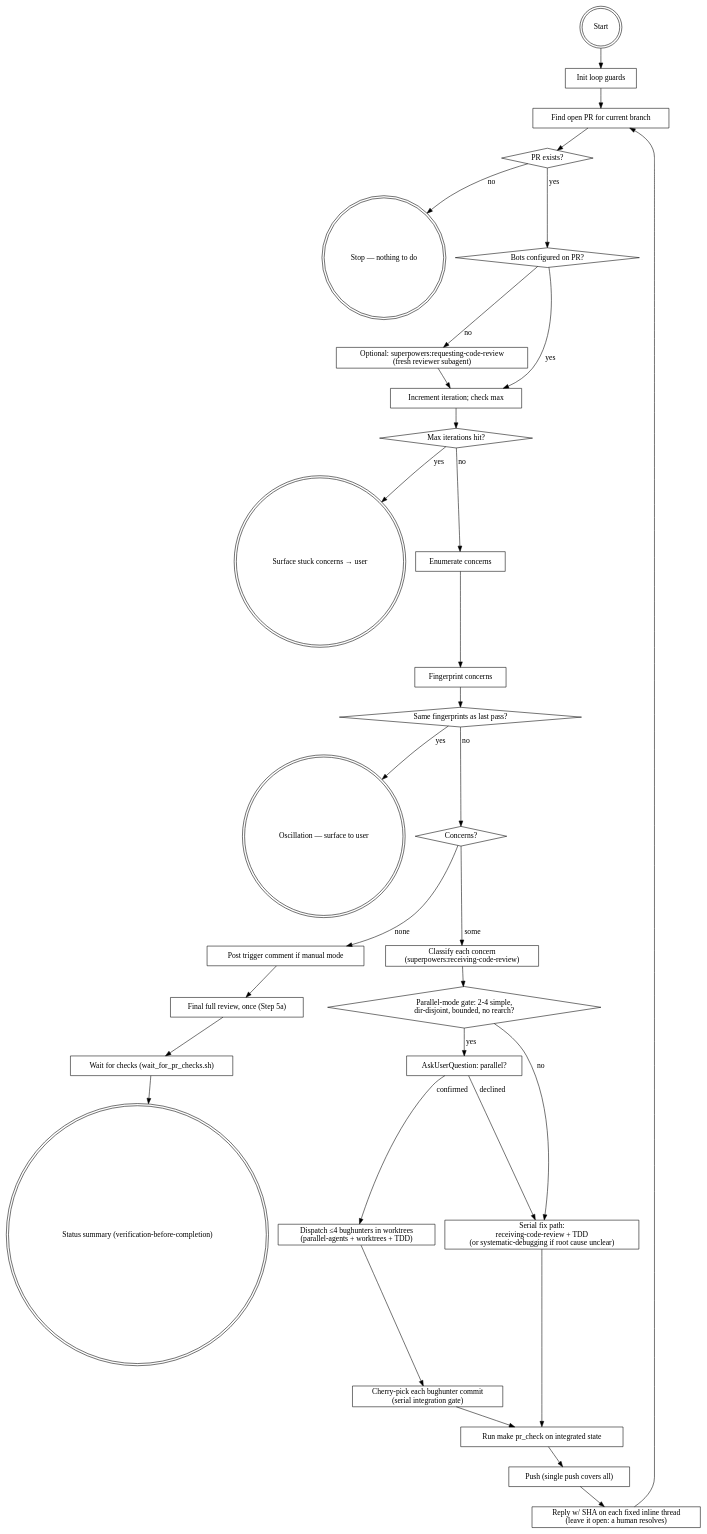
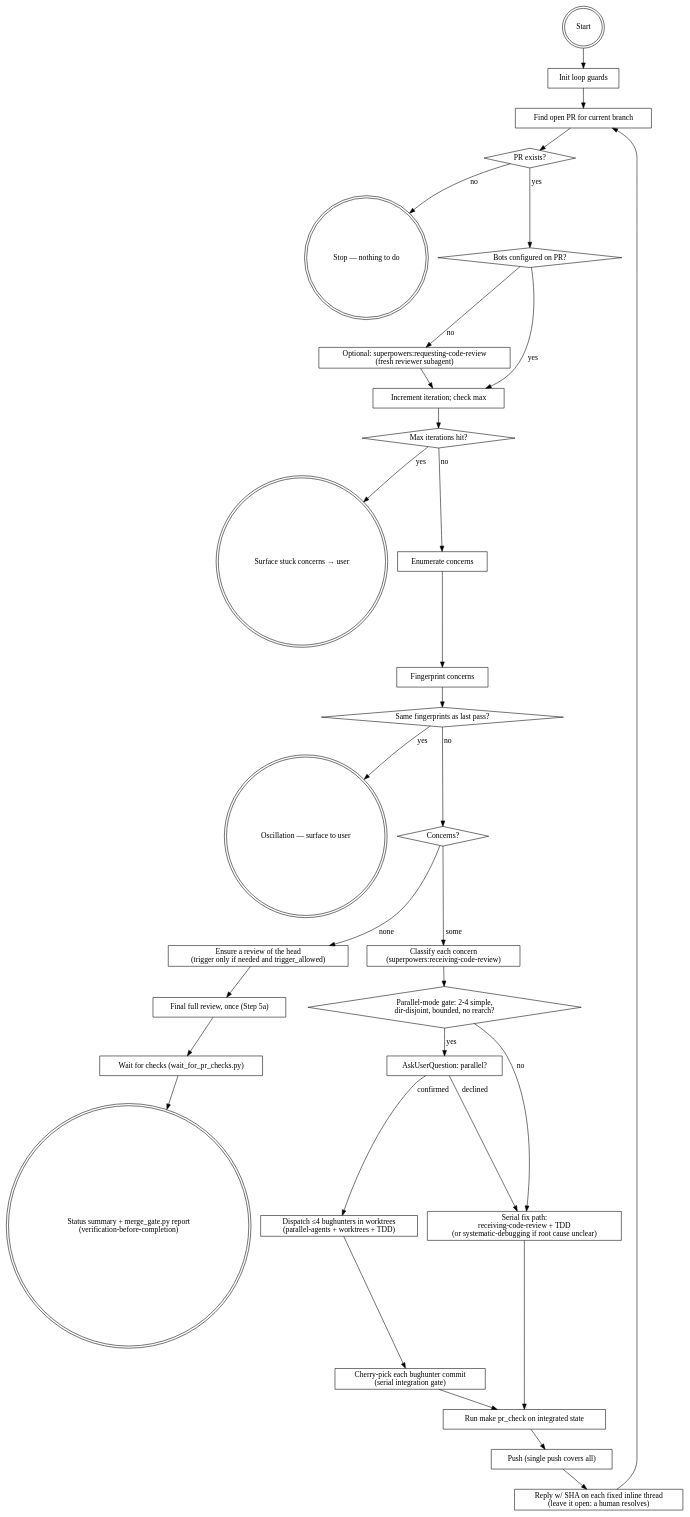
The diagram in .agents/skills/resolve-pr-concerns/SKILL.md (emigre459/agentic-ai-dev-template), drawn with Graphviz before and after one commit. The commit also changed other lines of this file and 5 other files, not shown here.

First line of the commit message:
docs(resolve-pr-concerns): port downstream review handling, stacks and merge gate (#47)

````diff
--- a/.agents/skills/resolve-pr-concerns/SKILL.md
+++ b/.agents/skills/resolve-pr-concerns/SKILL.md
@@ -124,60 +155,60 @@
 ```dot
 digraph resolve_pr_concerns {
     rankdir=TB;
     "Start" [shape=doublecircle];
     "Init loop guards" [shape=box];
     "Find open PR for current branch" [shape=box];
     "PR exists?" [shape=diamond];
     "Stop — nothing to do" [shape=doublecircle];
     "Bots configured on PR?" [shape=diamond];
     "Optional: superpowers:requesting-code-review\n(fresh reviewer subagent)" [shape=box];
     "Increment iteration; check max" [shape=box];
     "Max iterations hit?" [shape=diamond];
     "Surface stuck concerns → user" [shape=doublecircle];
     "Enumerate concerns" [shape=box];
     "Fingerprint concerns" [shape=box];
     "Same fingerprints as last pass?" [shape=diamond];
     "Oscillation — surface to user" [shape=doublecircle];
     "Concerns?" [shape=diamond];
-    "Post trigger comment if manual mode" [shape=box];
+    "Ensure a review of the head\n(trigger only if needed and trigger_allowed)" [shape=box];
     "Final full review, once (Step 5a)" [shape=box];
-    "Wait for checks (wait_for_pr_checks.sh)" [shape=box];
-    "Status summary (verification-before-completion)" [shape=doublecircle];
+    "Wait for checks (wait_for_pr_checks.py)" [shape=box];
+    "Status summary + merge_gate.py report\n(verification-before-completion)" [shape=doublecircle];
     "Classify each concern\n(superpowers:receiving-code-review)" [shape=box];
     "Parallel-mode gate: 2-4 simple,\ndir-disjoint, bounded, no rearch?" [shape=diamond];
     "AskUserQuestion: parallel?" [shape=box];
     "Dispatch ≤4 bughunters in worktrees\n(parallel-agents + worktrees + TDD)" [shape=box];
     "Cherry-pick each bughunter commit\n(serial integration gate)" [shape=box];
     "Serial fix path:\nreceiving-code-review + TDD\n(or systematic-debugging if root cause unclear)" [shape=box];
     "Run make pr_check on integrated state" [shape=box];
     "Push (single push covers all)" [shape=box];
     "Reply w/ SHA on each fixed inline thread\n(leave it open: a human resolves)" [shape=box];
 
     "Start" -> "Init loop guards" -> "Find open PR for current branch" -> "PR exists?";
     "PR exists?" -> "Stop — nothing to do" [label="no"];
     "PR exists?" -> "Bots configured on PR?" [label="yes"];
     "Bots configured on PR?" -> "Optional: superpowers:requesting-code-review\n(fresh reviewer subagent)" [label="no"];
     "Bots configured on PR?" -> "Increment iteration; check max" [label="yes"];
     "Optional: superpowers:requesting-code-review\n(fresh reviewer subagent)" -> "Increment iteration; check max";
     "Increment iteration; check max" -> "Max iterations hit?";
     "Max iterations hit?" -> "Surface stuck concerns → user" [label="yes"];
     "Max iterations hit?" -> "Enumerate concerns" [label="no"];
     "Enumerate concerns" -> "Fingerprint concerns" -> "Same fingerprints as last pass?";
     "Same fingerprints as last pass?" -> "Oscillation — surface to user" [label="yes"];
     "Same fingerprints as last pass?" -> "Concerns?" [label="no"];
-    "Concerns?" -> "Post trigger comment if manual mode" [label="none"];
-    "Post trigger comment if manual mode" -> "Final full review, once (Step 5a)" -> "Wait for checks (wait_for_pr_checks.sh)" -> "Status summary (verification-before-completion)";
+    "Concerns?" -> "Ensure a review of the head\n(trigger only if needed and trigger_allowed)" [label="none"];
+    "Ensure a review of the head\n(trigger only if needed and trigger_allowed)" -> "Final full review, once (Step 5a)" -> "Wait for checks (wait_for_pr_checks.py)" -> "Status summary + merge_gate.py report\n(verification-before-completion)";
     "Concerns?" -> "Classify each concern\n(superpowers:receiving-code-review)" [label="some"];
     "Classify each concern\n(superpowers:receiving-code-review)" -> "Parallel-mode gate: 2-4 simple,\ndir-disjoint, bounded, no rearch?";
     "Parallel-mode gate: 2-4 simple,\ndir-disjoint, bounded, no rearch?" -> "AskUserQuestion: parallel?" [label="yes"];
     "Parallel-mode gate: 2-4 simple,\ndir-disjoint, bounded, no rearch?" -> "Serial fix path:\nreceiving-code-review + TDD\n(or systematic-debugging if root cause unclear)" [label="no"];
     "AskUserQuestion: parallel?" -> "Dispatch ≤4 bughunters in worktrees\n(parallel-agents + worktrees + TDD)" [label="confirmed"];
     "AskUserQuestion: parallel?" -> "Serial fix path:\nreceiving-code-review + TDD\n(or systematic-debugging if root cause unclear)" [label="declined"];
     "Dispatch ≤4 bughunters in worktrees\n(parallel-agents + worktrees + TDD)" -> "Cherry-pick each bughunter commit\n(serial integration gate)";
     "Cherry-pick each bughunter commit\n(serial integration gate)" -> "Run make pr_check on integrated state";
     "Serial fix path:\nreceiving-code-review + TDD\n(or systematic-debugging if root cause unclear)" -> "Run make pr_check on integrated state";
     "Run make pr_check on integrated state" -> "Push (single push covers all)";
     "Push (single push covers all)" -> "Reply w/ SHA on each fixed inline thread\n(leave it open: a human resolves)";
     "Reply w/ SHA on each fixed inline thread\n(leave it open: a human resolves)" -> "Find open PR for current branch";
 }
 ```
````
